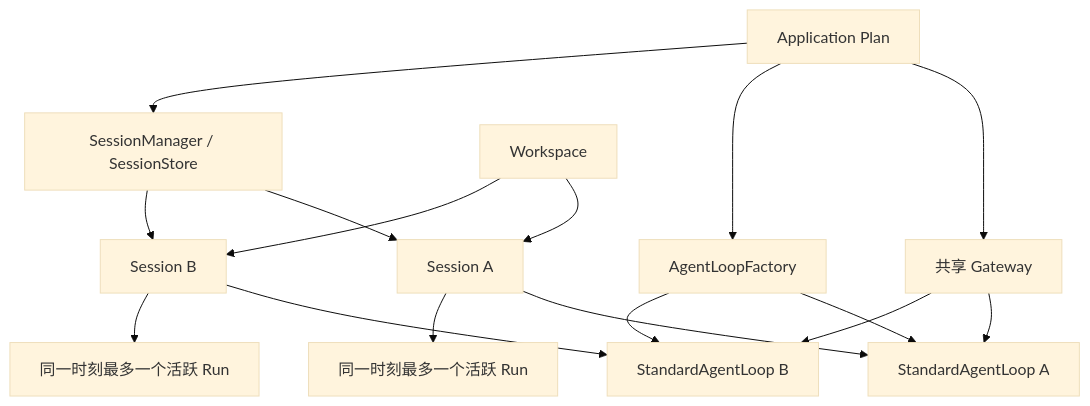
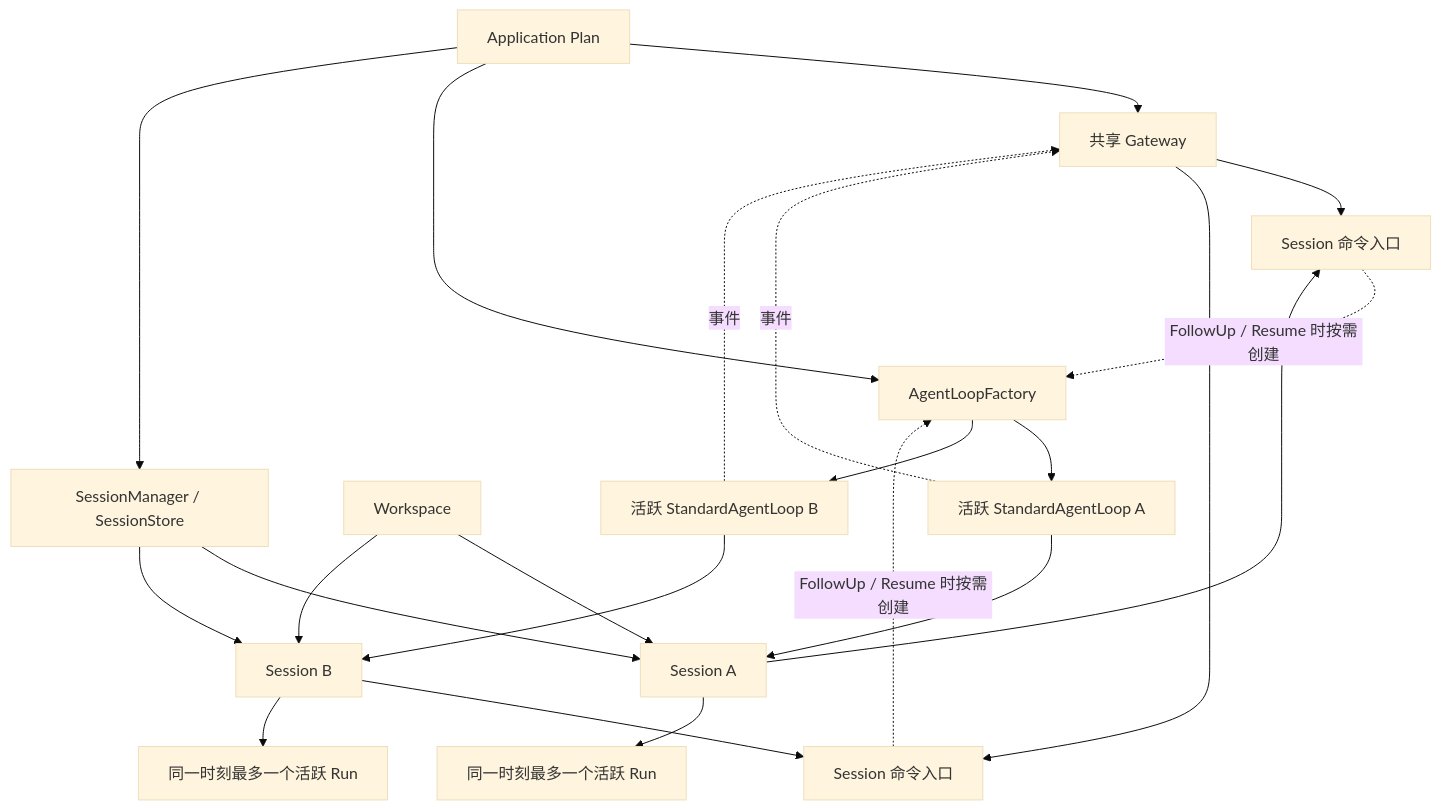
Before and after one commit to LyleLiu666/agentSlot: the diagram in docs/agent-architecture-discussion.zh-CN.md, drawn with Mermaid (base theme). The commit also changed other lines of this file and 6 other files, not shown here.

````diff
--- a/docs/agent-architecture-discussion.zh-CN.md
+++ b/docs/agent-architecture-discussion.zh-CN.md
@@ -17,18 +17,24 @@
 ```mermaid
 flowchart TD
     A["Application Plan"] --> G["共享 Gateway"]
     A --> F["AgentLoopFactory"]
     A --> SM["SessionManager / SessionStore"]
     W["Workspace"] --> S1["Session A"]
     W --> S2["Session B"]
     SM --> S1
     SM --> S2
-    F --> L1["StandardAgentLoop A"]
-    F --> L2["StandardAgentLoop B"]
-    S1 --> L1
-    S2 --> L2
+    S1 --> C1["Session 命令入口"]
+    S2 --> C2["Session 命令入口"]
+    C1 -. "FollowUp / Resume 时按需创建" .-> F
+    C2 -. "FollowUp / Resume 时按需创建" .-> F
+    F --> L1["活跃 StandardAgentLoop A"]
+    F --> L2["活跃 StandardAgentLoop B"]
+    L1 --> S1
+    L2 --> S2
     S1 --> R1["同一时刻最多一个活跃 Run"]
     S2 --> R2["同一时刻最多一个活跃 Run"]
-    G --> L1
-    G --> L2
+    G --> C1
+    G --> C2
+    L1 -. "事件" .-> G
+    L2 -. "事件" .-> G
 ```
````
